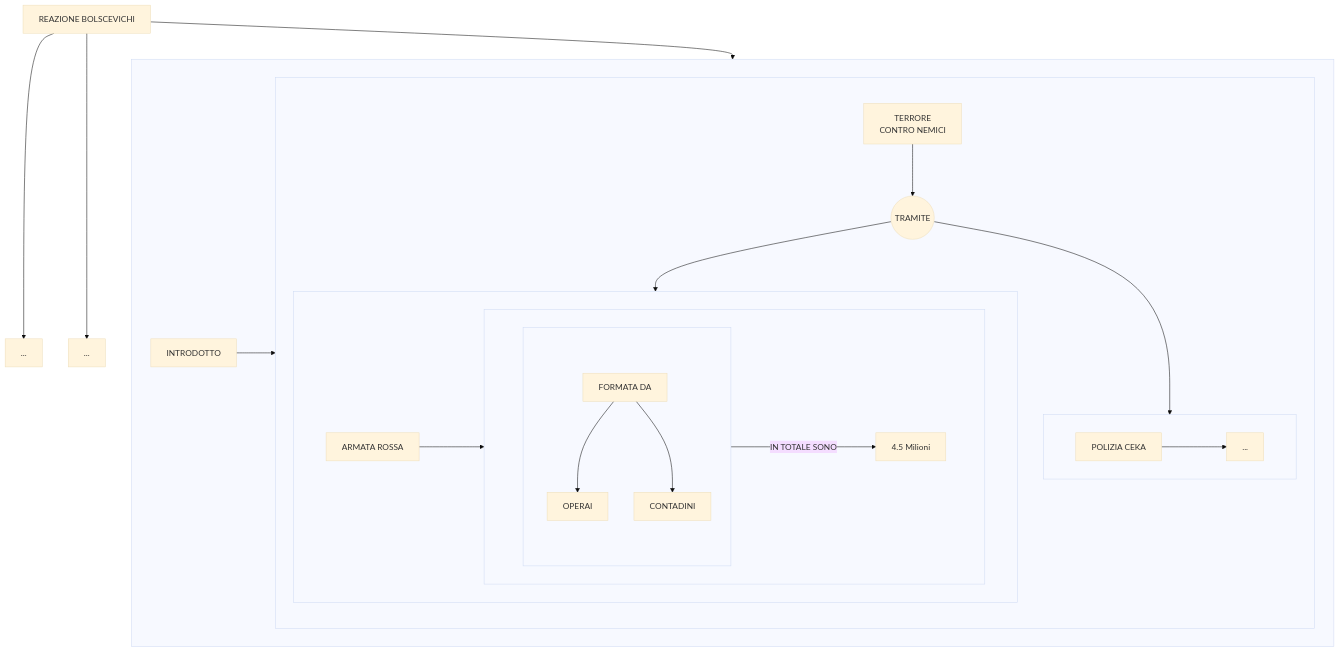
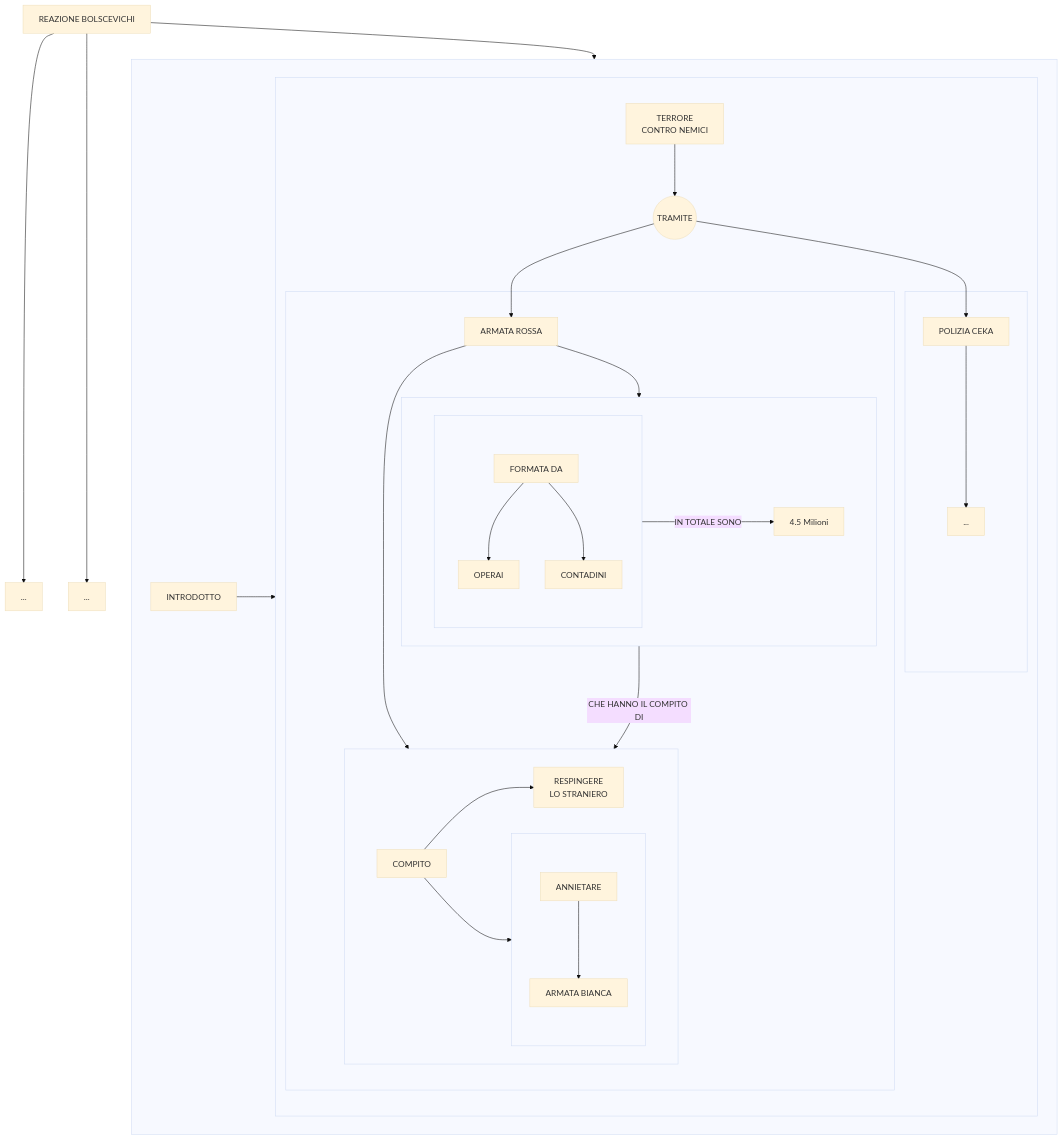
The ninth of 9 diagrams in stalinismo.md (Laaouatni/ricerca-storia-MermaidJS), drawn with Mermaid (base theme) before and after one commit.

````diff
--- a/stalinismo.md
+++ b/stalinismo.md
@@ -422,35 +422,46 @@
 ```mermaid
 flowchart TB
     0[REAZIONE BOLSCEVICHI]
     1[...]
     2[...]
     subgraph 3[" "]
         30[INTRODOTTO]
         subgraph 31[" "]
             310[TERRORE <BR> CONTRO NEMICI]
             311((TRAMITE))
             subgraph 314[" "]
                 312[ARMATA ROSSA]
                 subgraph 41[" "]
                     subgraph 4[" "]
                         40[FORMATA DA]
                         400[OPERAI]
                         401[CONTADINI]
                         40 --> 400 & 401
                     end
                     410[4.5 Milioni]
                     4 -->|IN TOTALE SONO| 410
                 end
-                312 --> 41
+                subgraph 42[" "]
+                    420[COMPITO]
+                    4200[RESPINGERE <br> LO STRANIERO]
+                    subgraph 4201[" "]
+                        42010[ANNIETARE]
+                        42011[ARMATA BIANCA]
+                        42010 --> 42011
+                    end
+                    420 --> 4200 & 4201
+                end
+                312 --> 41 & 42
+                41 -->|CHE HANNO IL COMPITO DI| 42
             end
             subgraph 315[" "]
                 313[POLIZIA CEKA]
                 3130[...]
                 313 --> 3130
             end
-            310 --> 311 --> 314 & 315
+            310 --> 311 --> 312 & 313
         end
         30 --> 31
     end
     0 --> 1 & 2 & 3
 ```
````
